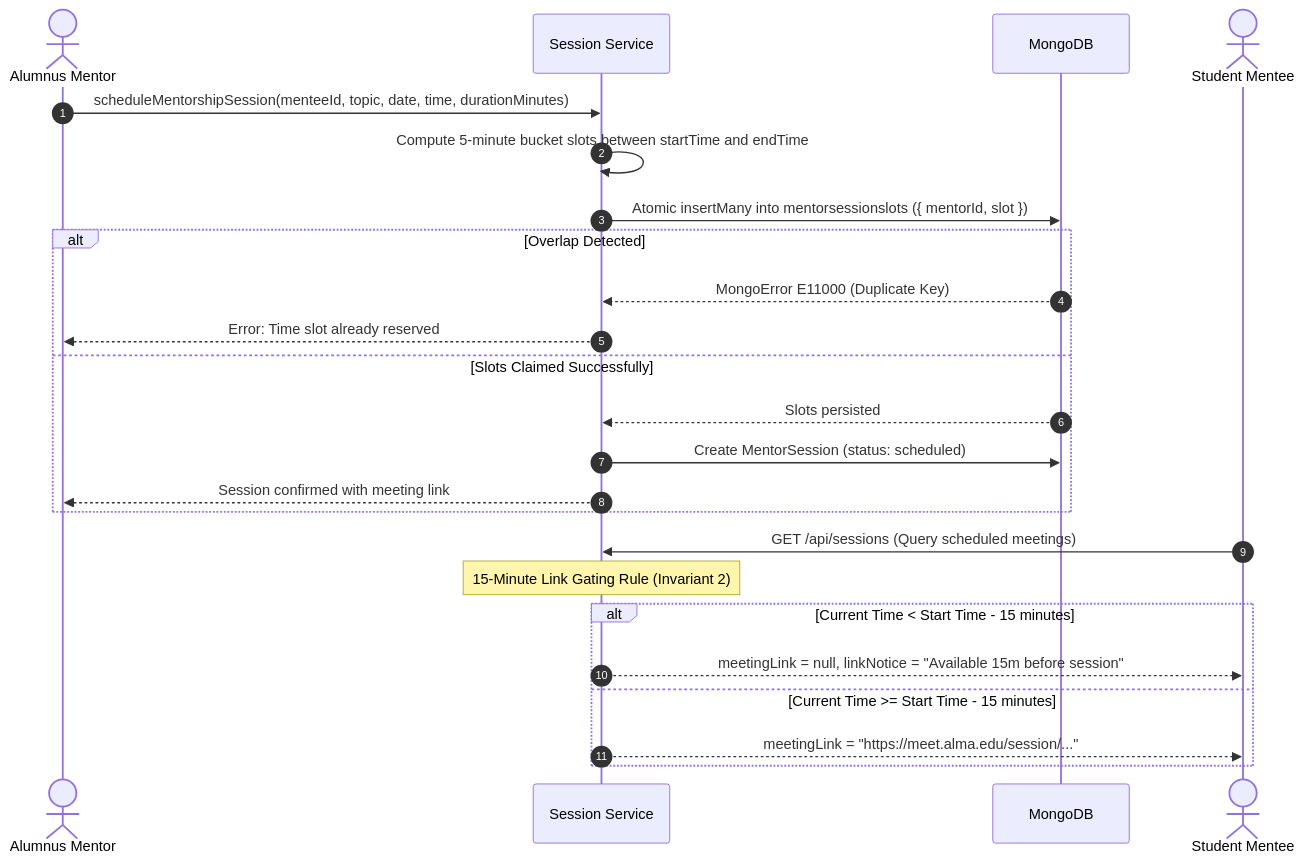
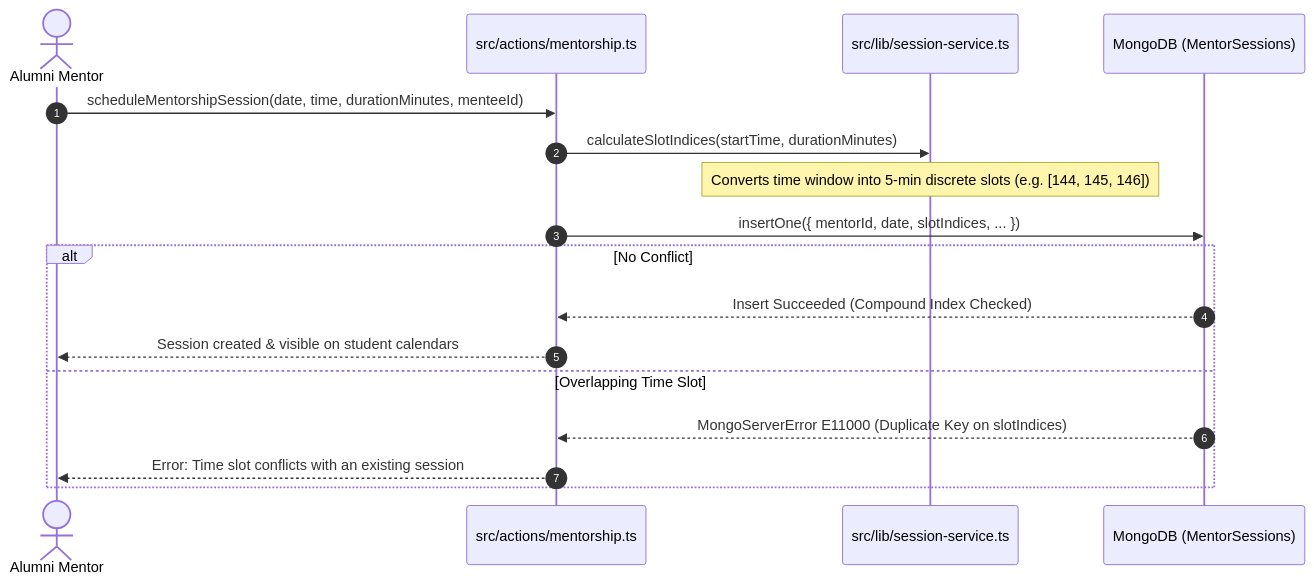
The fifth of 6 diagrams in README.md (ayuush224/Alumini-Mentorship-and-Career-Network), drawn with Mermaid before and after one commit. The commit also changed other lines of this file and 67 other files, not shown here.

Commit message:
refactor project folder architecture and publish comprehensive documentation

````diff
--- a/README.md
+++ b/README.md
@@ -846,27 +298,20 @@
 ```mermaid
 sequenceDiagram
     autonumber
-    actor Mentor as Alumnus Mentor
-    participant API as Session Service
-    participant DB as MongoDB
-    actor Mentee as Student Mentee
+    actor Mentor as Alumni Mentor
+    participant Actions as src/actions/mentorship.ts
+    participant Service as src/lib/session-service.ts
+    participant DB as MongoDB (MentorSessions)
 
-    Mentor->>API: scheduleMentorshipSession(menteeId, topic, date, time, durationMinutes)
-    API->>API: Compute 5-minute bucket slots between startTime and endTime
-    API->>DB: Atomic insertMany into mentorsessionslots ({ mentorId, slot })
-    alt Overlap Detected
-        DB-->>API: MongoError E11000 (Duplicate Key)
-        API-->>Mentor: Error: Time slot already reserved
-    else Slots Claimed Successfully
-        DB-->>API: Slots persisted
-        API->>DB: Create MentorSession (status: scheduled)
-        API-->>Mentor: Session confirmed with meeting link
-    end
-    Mentee->>API: GET /api/sessions (Query scheduled meetings)
-    Note over API: 15-Minute Link Gating Rule (Invariant 2)
-    alt Current Time < Start Time - 15 minutes
-        API-->>Mentee: meetingLink = null, linkNotice = "Available 15m before session"
-    else Current Time >= Start Time - 15 minutes
-        API-->>Mentee: meetingLink = "https://meet.alma.edu/session/..."
+    Mentor->>Actions: scheduleMentorshipSession(date, time, durationMinutes, menteeId)
+    Actions->>Service: calculateSlotIndices(startTime, durationMinutes)
+    Note over Service: Converts time window into 5-min discrete slots (e.g. [144, 145, 146])
+    Actions->>DB: insertOne({ mentorId, date, slotIndices, ... })
+    alt No Conflict
+        DB-->>Actions: Insert Succeeded (Compound Index Checked)
+        Actions-->>Mentor: Session created & visible on student calendars
+    else Overlapping Time Slot
+        DB-->>Actions: MongoServerError E11000 (Duplicate Key on slotIndices)
+        Actions-->>Mentor: Error: Time slot conflicts with an existing session
     end
 ```
````
